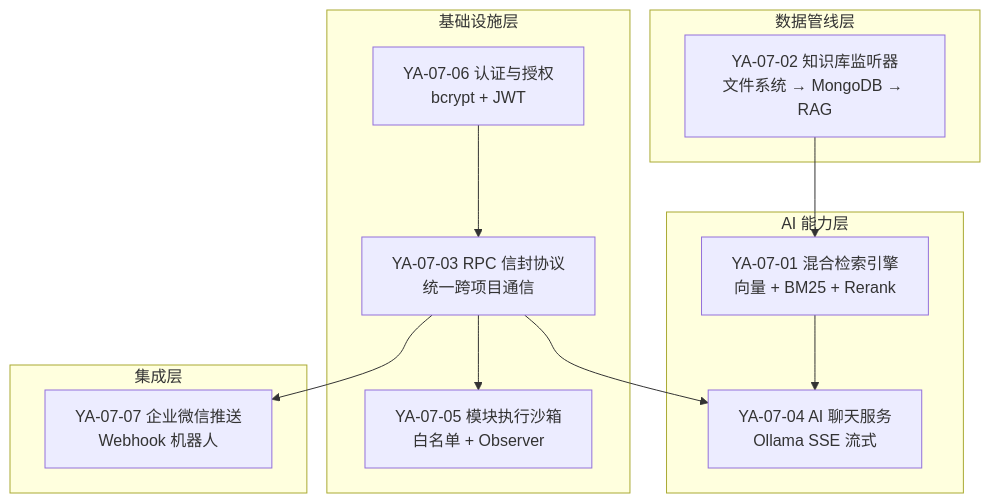
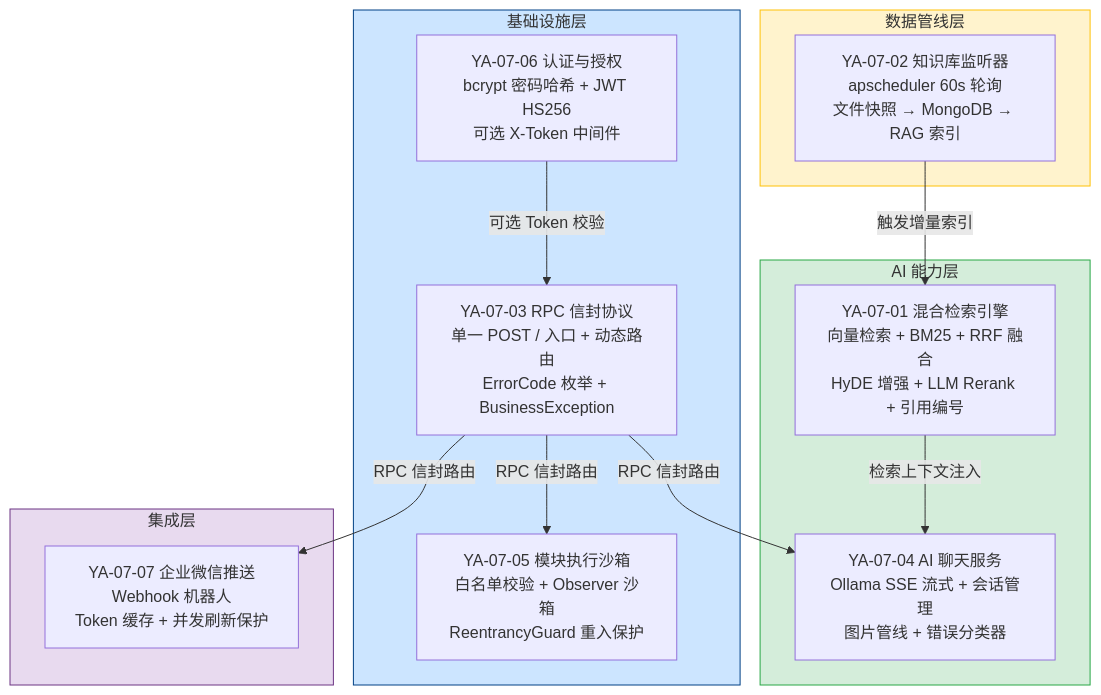
Before and after one commit to effiy/YrY: the first of 3 diagrams in YiKnowledge/projects/yiai/devs/2026-07/00-prd-task-00-需求总览.md, drawn with Mermaid. The commit also changed other lines of this file and 4958 other files, not shown here.

````diff
--- a/YiKnowledge/projects/yiai/devs/2026-07/00-prd-task-00-需求总览.md
+++ b/YiKnowledge/projects/yiai/devs/2026-07/00-prd-task-00-需求总览.md
@@ -33,24 +209,30 @@
 ```mermaid
 flowchart TB
   subgraph INFRA["基础设施层"]
-    RPC["YA-07-03 RPC 信封协议<br/>统一跨项目通信"]
-    AUTH["YA-07-06 认证与授权<br/>bcrypt + JWT"]
-    EXEC["YA-07-05 模块执行沙箱<br/>白名单 + Observer"]
+    RPC["YA-07-03 RPC 信封协议<br/>单一 POST / 入口 + 动态路由<br/>ErrorCode 枚举 + BusinessException"]
+    AUTH["YA-07-06 认证与授权<br/>bcrypt 密码哈希 + JWT HS256<br/>可选 X-Token 中间件"]
+    EXEC["YA-07-05 模块执行沙箱<br/>白名单校验 + Observer 沙箱<br/>ReentrancyGuard 重入保护"]
   end
   subgraph AI["AI 能力层"]
-    CHAT["YA-07-04 AI 聊天服务<br/>Ollama SSE 流式"]
-    RAG["YA-07-01 混合检索引擎<br/>向量 + BM25 + Rerank"]
+    CHAT["YA-07-04 AI 聊天服务<br/>Ollama SSE 流式 + 会话管理<br/>图片管线 + 错误分类器"]
+    RAG["YA-07-01 混合检索引擎<br/>向量检索 + BM25 + RRF 融合<br/>HyDE 增强 + LLM Rerank + 引用编号"]
   end
-  subgraph DATA["数据管线层"]
-    WATCH["YA-07-02 知识库监听器<br/>文件系统 → MongoDB → RAG"]
+  subgraph DATA_PIPELINE["数据管线层"]
+    WATCH["YA-07-02 知识库监听器<br/>apscheduler 60s 轮询<br/>文件快照 → MongoDB → RAG 索引"]
   end
   subgraph INTEG["集成层"]
-    WEWORK["YA-07-07 企业微信推送<br/>Webhook 机器人"]
+    WEWORK["YA-07-07 企业微信推送<br/>Webhook 机器人<br/>Token 缓存 + 并发刷新保护"]
   end
-  RPC --> CHAT
-  RPC --> EXEC
-  RPC --> WEWORK
-  AUTH --> RPC
-  WATCH --> RAG
-  RAG --> CHAT
+
+  RPC -->|"RPC 信封路由"| CHAT
+  RPC -->|"RPC 信封路由"| EXEC
+  RPC -->|"RPC 信封路由"| WEWORK
+  AUTH -->|"可选 Token 校验"| RPC
+  WATCH -->|"触发增量索引"| RAG
+  RAG -->|"检索上下文注入"| CHAT
+
+  style INFRA fill:#cce5ff,stroke:#004085
+  style AI fill:#d4edda,stroke:#28a745
+  style DATA_PIPELINE fill:#fff3cd,stroke:#ffc107
+  style INTEG fill:#e8daef,stroke:#6c3483
 ```
````
